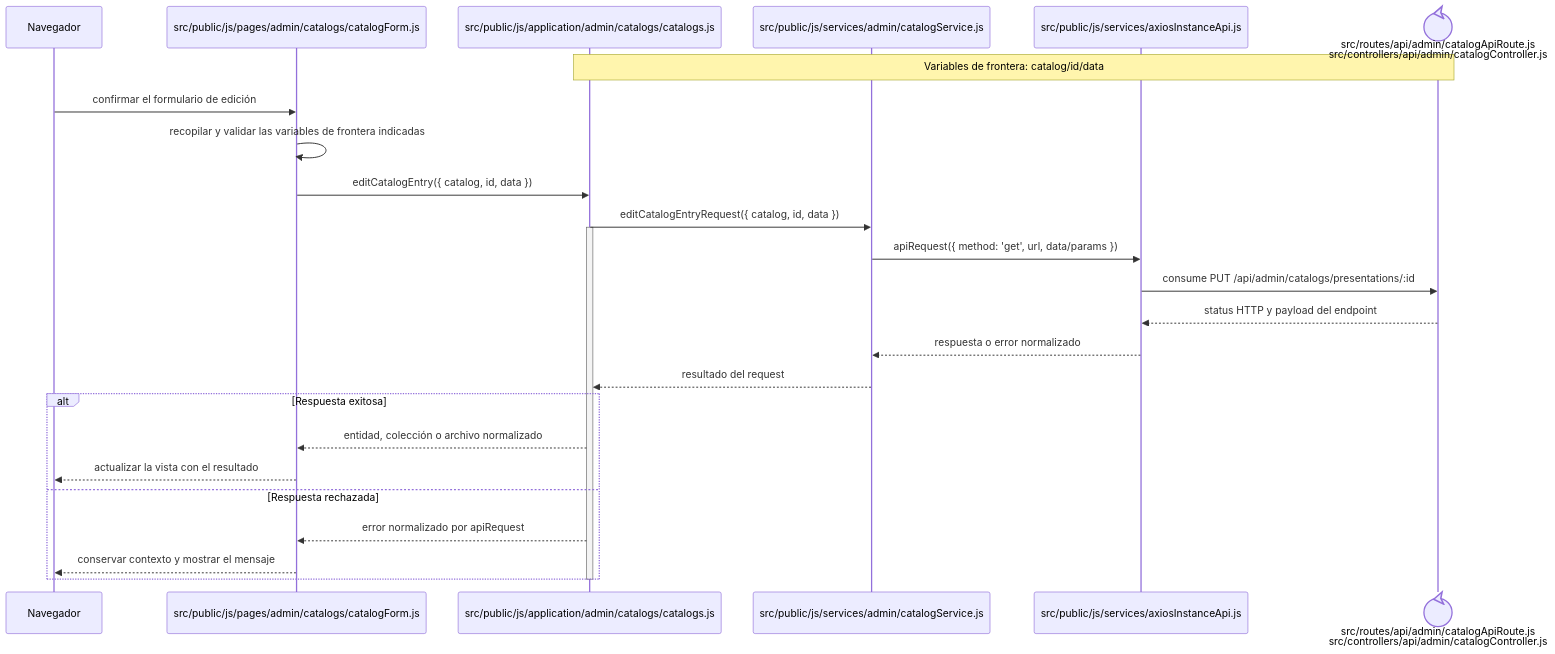
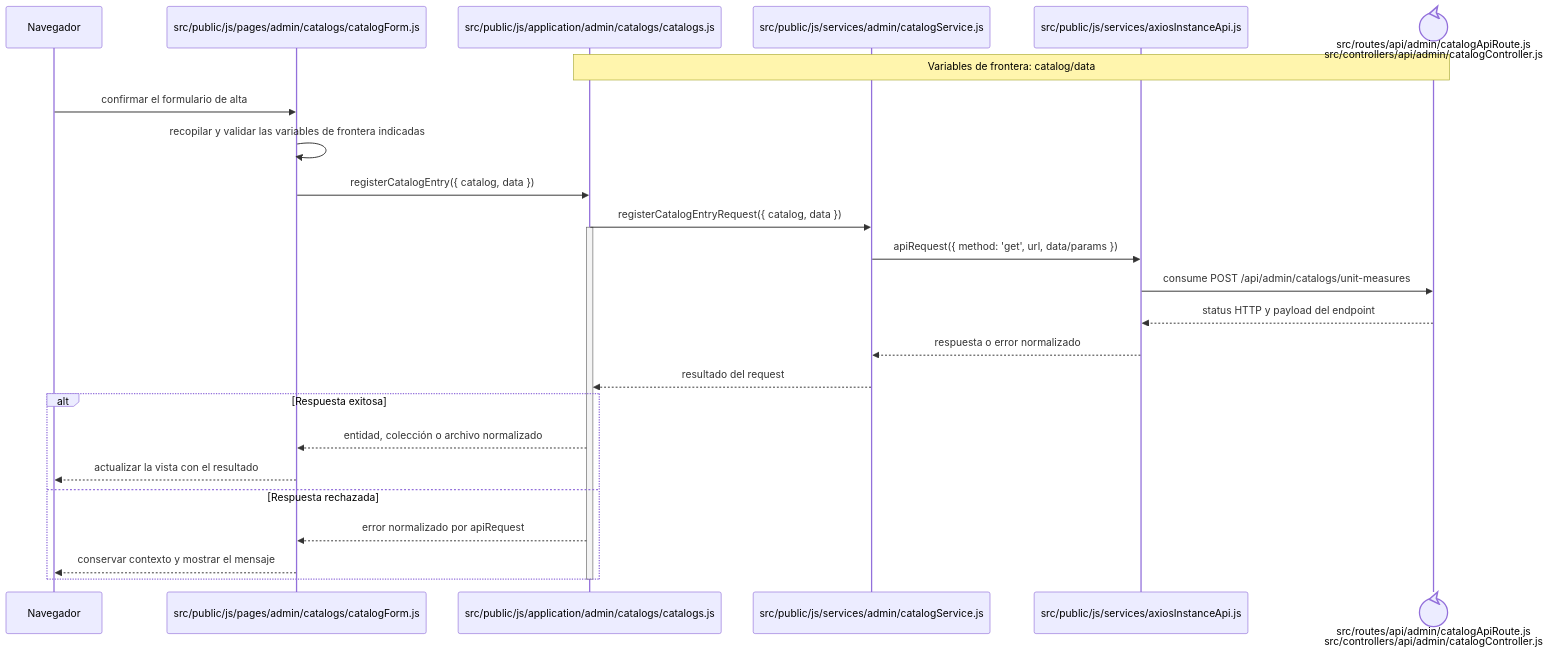
The diagram in docs/architecture/frontend-code-sequences/catalogs/cu-cat-35.md (gpgsistemas01/nexus), drawn with Mermaid before and after one commit. The commit also changed other lines of this file and 207 other files, not shown here.

````diff
--- a/docs/architecture/frontend-code-sequences/catalogs/cu-cat-35.md
+++ b/docs/architecture/frontend-code-sequences/catalogs/cu-cat-35.md
@@ -6,29 +6,29 @@
 ```mermaid
 sequenceDiagram
     participant Browser as Navegador
     participant View as src/public/js/pages/admin/catalogs/catalogForm.js
     participant Application as src/public/js/application/admin/catalogs/catalogs.js
     participant Request as src/public/js/services/admin/catalogService.js
     participant HTTP as src/public/js/services/axiosInstanceApi.js
     participant Transport@{ "type": "control" } as src/routes/api/admin/catalogApiRoute.js<br/>src/controllers/api/admin/catalogController.js
-    Note over Application,Transport: Variables de frontera: catalog/id/data
+    Note over Application,Transport: Variables de frontera: catalog/data
 
-    Browser->>View: confirmar el formulario de edición
+    Browser->>View: confirmar el formulario de alta
     View->>View: recopilar y validar las variables de frontera indicadas
-    View->>Application: editCatalogEntry({ catalog, id, data })
-    Application->>Request: editCatalogEntryRequest({ catalog, id, data })
+    View->>Application: registerCatalogEntry({ catalog, data })
+    Application->>Request: registerCatalogEntryRequest({ catalog, data })
     activate Application
     Request->>HTTP: apiRequest({ method: 'get', url, data/params })
-    HTTP->>Transport: consume PUT /api/admin/catalogs/presentations/:id
+    HTTP->>Transport: consume POST /api/admin/catalogs/unit-measures
     Transport-->>HTTP: status HTTP y payload del endpoint
     HTTP-->>Request: respuesta o error normalizado
     Request-->>Application: resultado del request
     alt Respuesta exitosa
         Application-->>View: entidad, colección o archivo normalizado
         View-->>Browser: actualizar la vista con el resultado
     else Respuesta rechazada
         Application-->>View: error normalizado por apiRequest
         View-->>Browser: conservar contexto y mostrar el mensaje
     end
     deactivate Application
 ```
````
